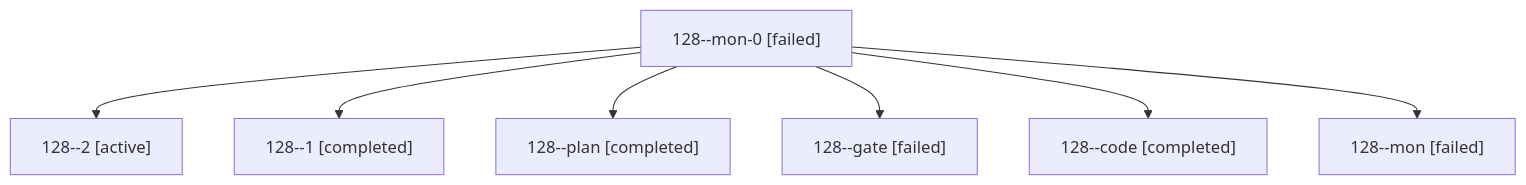
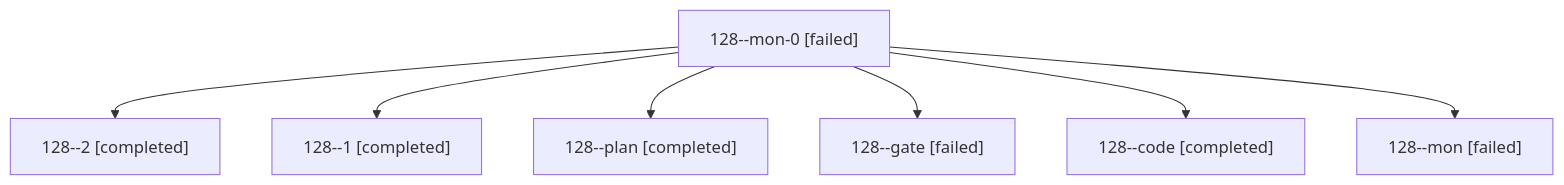
The diagram in sessions/bbugyi200.athena.128.md (bobs-org/bob-cli--agents), drawn with Mermaid before and after one commit. The commit also changed other lines of this file and 21 other files, not shown here.

````diff
--- a/sessions/bbugyi200.athena.128.md
+++ b/sessions/bbugyi200.athena.128.md
@@ -9,16 +9,16 @@
 ```mermaid
 flowchart TD
   n0["128--mon-0 [failed]"]
-  n1["128--2 [active]"]
+  n1["128--2 [completed]"]
   n0 --> n1
   n2["128--1 [completed]"]
   n0 --> n2
   n3["128--plan [completed]"]
   n0 --> n3
   n4["128--gate [failed]"]
   n0 --> n4
   n5["128--code [completed]"]
   n0 --> n5
   n6["128--mon [failed]"]
   n0 --> n6
 ```
````
